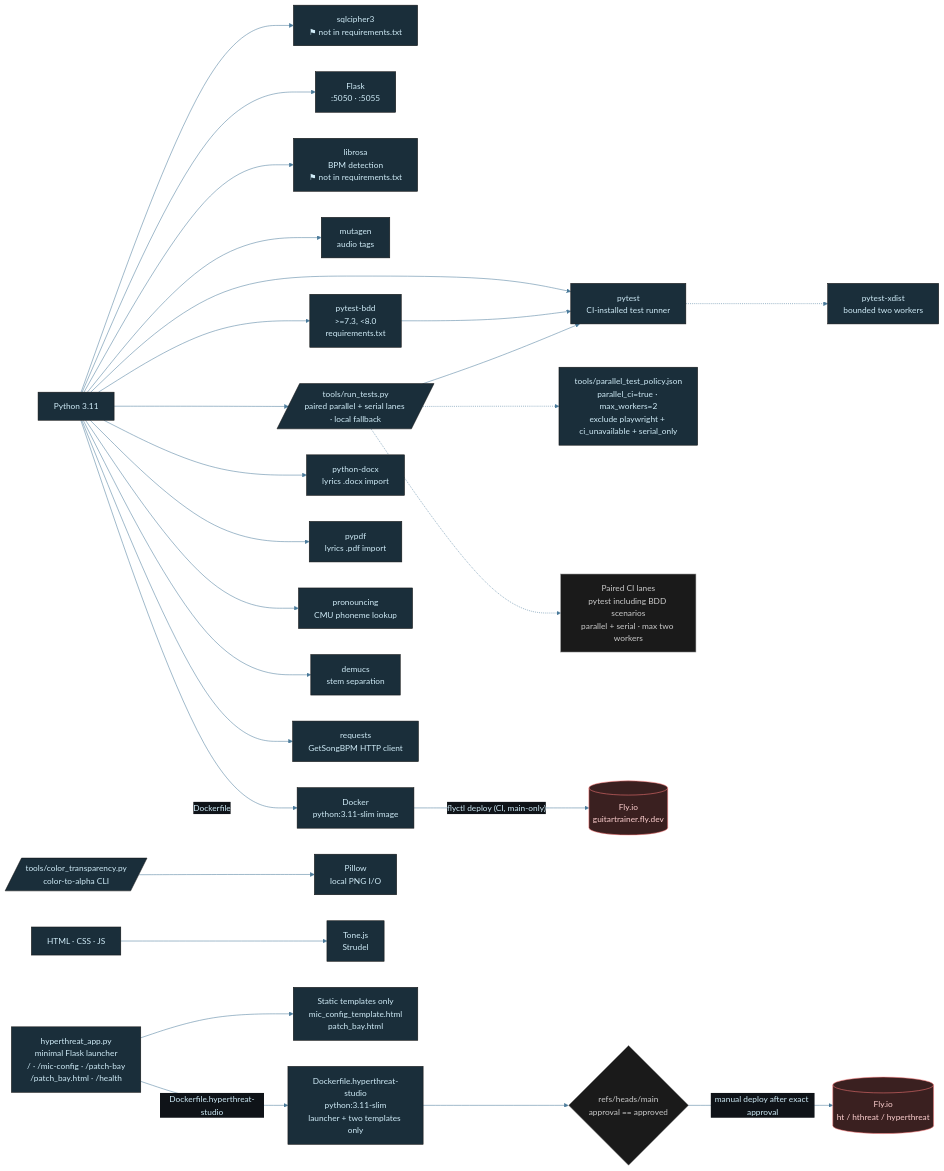
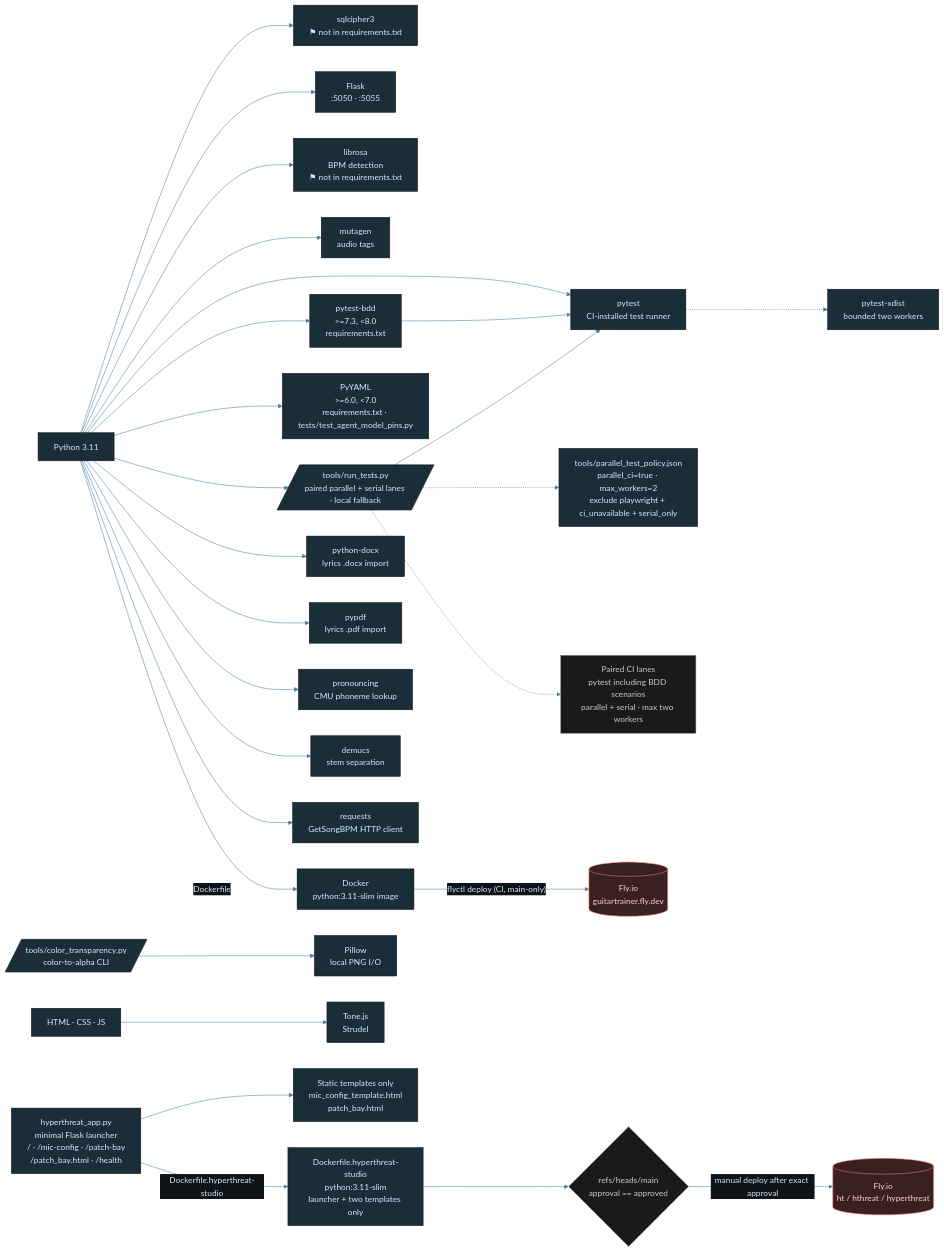
Before and after one commit to tylerdrakemusic/Music: the diagram in diagrams/music-tech-stack.mmd, drawn with Mermaid. The commit also changed 1 other file, not shown here.

```diff
--- a/diagrams/music-tech-stack.mmd
+++ b/diagrams/music-tech-stack.mmd
@@ -1,49 +1,50 @@
 %%{init: {'theme': 'base', 'themeVariables': {'primaryColor': '#1a2e3a', 'primaryTextColor': '#d0ecf8', 'edgeLabelBackground': '#0f1318', 'lineColor': '#4a7a9a'}}}%%
 %% is_derived_view=true
 %% Traceability.parent: diagrams/music-architecture.mmd
 graph LR
     Python[Python 3.11] --> SQLCipher["sqlcipher3<br/>⚑ not in requirements.txt"]
     Python --> Flask[Flask<br/>:5050 · :5055]
     Python --> Librosa["librosa<br/>BPM detection<br/>⚑ not in requirements.txt"]
     Python --> Mutagen[mutagen<br/>audio tags]
     Python --> Pytest["pytest<br/>CI-installed test runner"]
     Python --> PytestBDD["pytest-bdd<br/>&gt;=7.3, &lt;8.0<br/>requirements.txt"]
+    Python --> PyYAML["PyYAML<br/>&gt;=6.0, &lt;7.0<br/>requirements.txt · tests/test_agent_model_pins.py"]
     PytestBDD --> Pytest
     Python --> TestRunner[/tools/run_tests.py<br/>paired parallel + serial lanes · local fallback/]
     TestRunner --> Pytest
     TestRunner -.-> TestPolicy[tools/parallel_test_policy.json<br/>parallel_ci=true · max_workers=2<br/>exclude playwright + ci_unavailable + serial_only]
     Pytest -.-> Xdist[pytest-xdist<br/>bounded two workers]
     TestRunner -.-> ParallelEvidence[Paired CI lanes<br/>pytest including BDD scenarios<br/>parallel + serial · max two workers]
     Python --> PythonDocx[python-docx<br/>lyrics .docx import]
     Python --> Pypdf[pypdf<br/>lyrics .pdf import]
     Python --> Pronouncing[pronouncing<br/>CMU phoneme lookup]
     Python --> Demucs[demucs<br/>stem separation]
     Python --> Requests[requests<br/>GetSongBPM HTTP client]
     ColorTransparency[/tools/color_transparency.py<br>color-to-alpha CLI/] --> Pillow[Pillow<br>local PNG I/O]
     Web[HTML · CSS · JS] --> Tone[Tone.js<br/>Strudel]
     Python -->|Dockerfile| Docker[Docker<br/>python:3.11-slim image] -->|"flyctl deploy (CI, main-only)"| FlyIO[(Fly.io<br/>guitartrainer.fly.dev)]
     HyperthreatLauncher["hyperthreat_app.py<br/>minimal Flask launcher<br/>/ · /mic-config · /patch-bay<br/>/patch_bay.html · /health"]
     HyperthreatTemplates["Static templates only<br/>mic_config_template.html<br/>patch_bay.html"]
     HyperthreatDocker["Dockerfile.hyperthreat-studio<br/>python:3.11-slim<br/>launcher + two templates only"]
     HyperthreatGate{"refs/heads/main<br/>approval == approved"}
     HyperthreatFly[(Fly.io<br/>ht / hthreat / hyperthreat)]
     HyperthreatLauncher --> HyperthreatTemplates
     HyperthreatLauncher -->|"Dockerfile.hyperthreat-studio"| HyperthreatDocker
     HyperthreatDocker --> HyperthreatGate
     HyperthreatGate -->|"manual deploy after exact approval"| HyperthreatFly
     class Python,Web lang
-    class SQLCipher,Flask,Librosa,Mutagen,Pytest,PytestBDD,TestRunner,TestPolicy,Xdist,Tone,PythonDocx,Pypdf,Pronouncing,Demucs,Requests,ColorTransparency,Pillow lib
+    class SQLCipher,Flask,Librosa,Mutagen,Pytest,PytestBDD,PyYAML,TestRunner,TestPolicy,Xdist,Tone,PythonDocx,Pypdf,Pronouncing,Demucs,Requests,ColorTransparency,Pillow lib
     class ParallelEvidence state
     class FlyIO,HyperthreatFly ext
     class HyperthreatLauncher,HyperthreatTemplates,HyperthreatDocker svc
     class HyperthreatGate state
 
 classDef life     fill:#1a2e3a,stroke:#6ab4d4,color:#d0ecf8
 classDef music    fill:#3a1a24,stroke:#d47a8f,color:#f8d0dc
 classDef quantum  fill:#251a3a,stroke:#a07adf,color:#e8d0f8
 classDef manifest fill:#3a2e1a,stroke:#d4a96a,color:#f8ead0
 classDef ws       fill:#1a3a30,stroke:#6ad4b4,color:#d0f8ee
 classDef tyler    fill:#2a1a3a,stroke:#9e4aff,color:#fff
 classDef ext      fill:#3a2020,stroke:#ff7a7a,color:#ffd0d0
 classDef db       fill:#3a3010,stroke:#d4c050,color:#f8f0c0
 classDef state    fill:#1a1a1a,stroke:#888888,color:#cccccc
```
